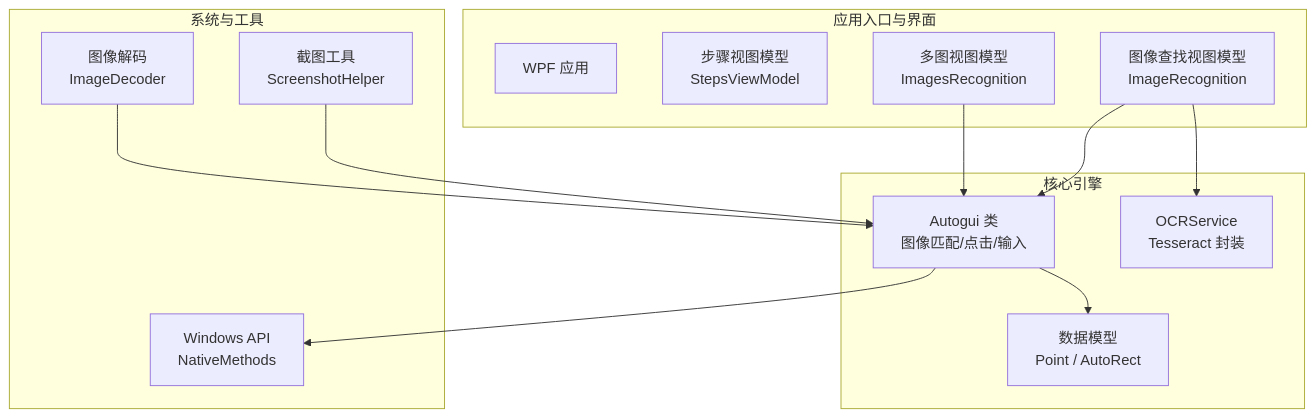
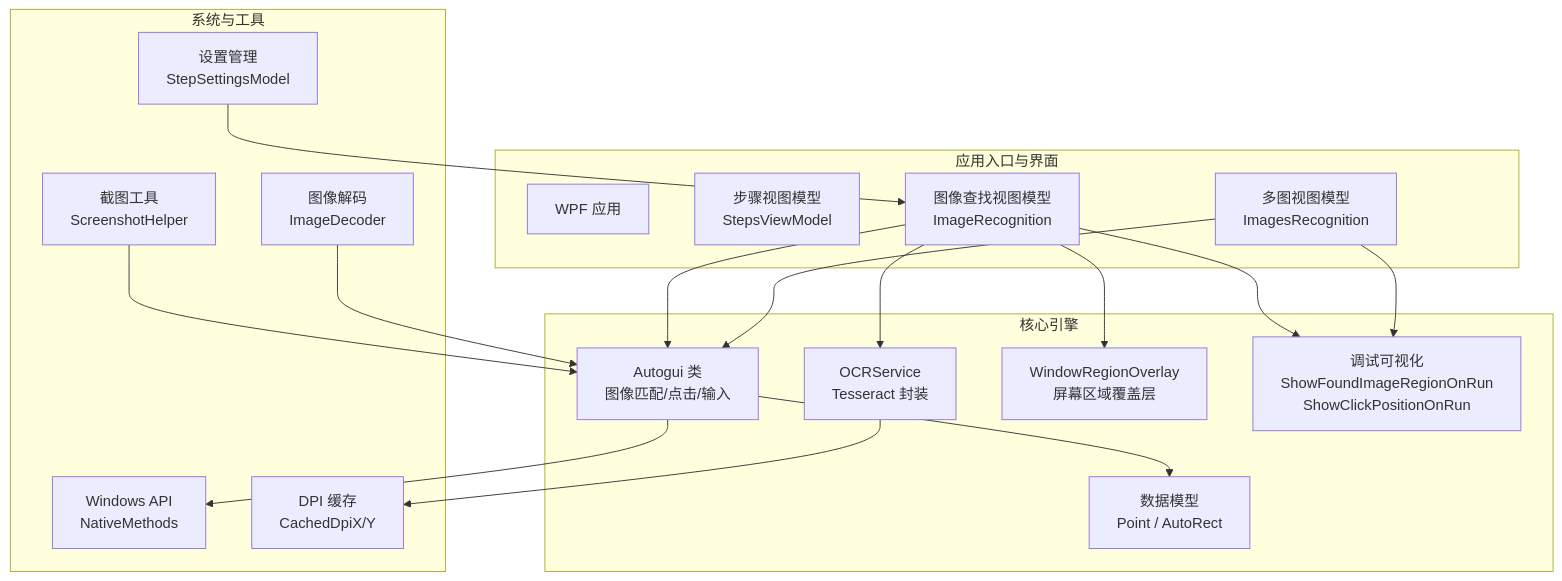
The first of 11 diagrams in .qoder/repowiki/zh/content/图像识别引擎/图像识别引擎.md (yooxii/ShaoLuAuto), drawn with Mermaid before and after one commit. The commit also changed other lines of this file and 45 other files, not shown here.

````diff
--- a/.qoder/repowiki/zh/content/图像识别引擎/图像识别引擎.md
+++ b/.qoder/repowiki/zh/content/图像识别引擎/图像识别引擎.md
@@ -42,26 +57,35 @@
 ```mermaid
 graph TB
 subgraph "应用入口与界面"
 App["WPF 应用"]
 VM_Steps["步骤视图模型<br/>StepsViewModel"]
 VM_Find["图像查找视图模型<br/>ImageRecognition"]
 VM_Multi["多图视图模型<br/>ImagesRecognition"]
 end
 subgraph "核心引擎"
 Autogui["Autogui 类<br/>图像匹配/点击/输入"]
 OCR["OCRService<br/>Tesseract 封装"]
 Models["数据模型<br/>Point / AutoRect"]
+Overlay["WindowRegionOverlay<br/>屏幕区域覆盖层"]
+Debug["调试可视化<br/>ShowFoundImageRegionOnRun<br/>ShowClickPositionOnRun"]
 end
 subgraph "系统与工具"
 WinAPI["Windows API<br/>NativeMethods"]
 Screenshot["截图工具<br/>ScreenshotHelper"]
 Decoder["图像解码<br/>ImageDecoder"]
+Settings["设置管理<br/>StepSettingsModel"]
+DPI["DPI 缓存<br/>CachedDpiX/Y"]
 end
 VM_Find --> Autogui
 VM_Multi --> Autogui
 Autogui --> Models
 Autogui --> WinAPI
 VM_Find --> OCR
+VM_Find --> Overlay
+VM_Find --> Debug
+VM_Multi --> Debug
 Screenshot --> Autogui
 Decoder --> Autogui
+Settings --> VM_Find
+OCR --> DPI
 ```
````
